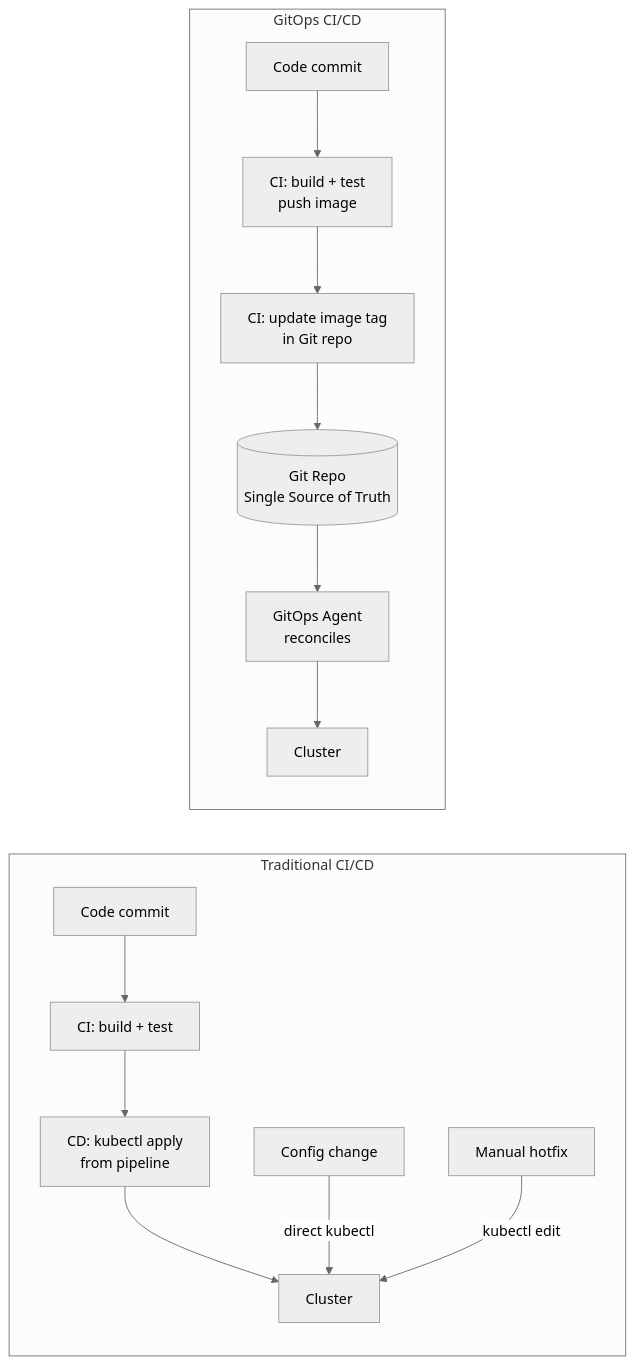
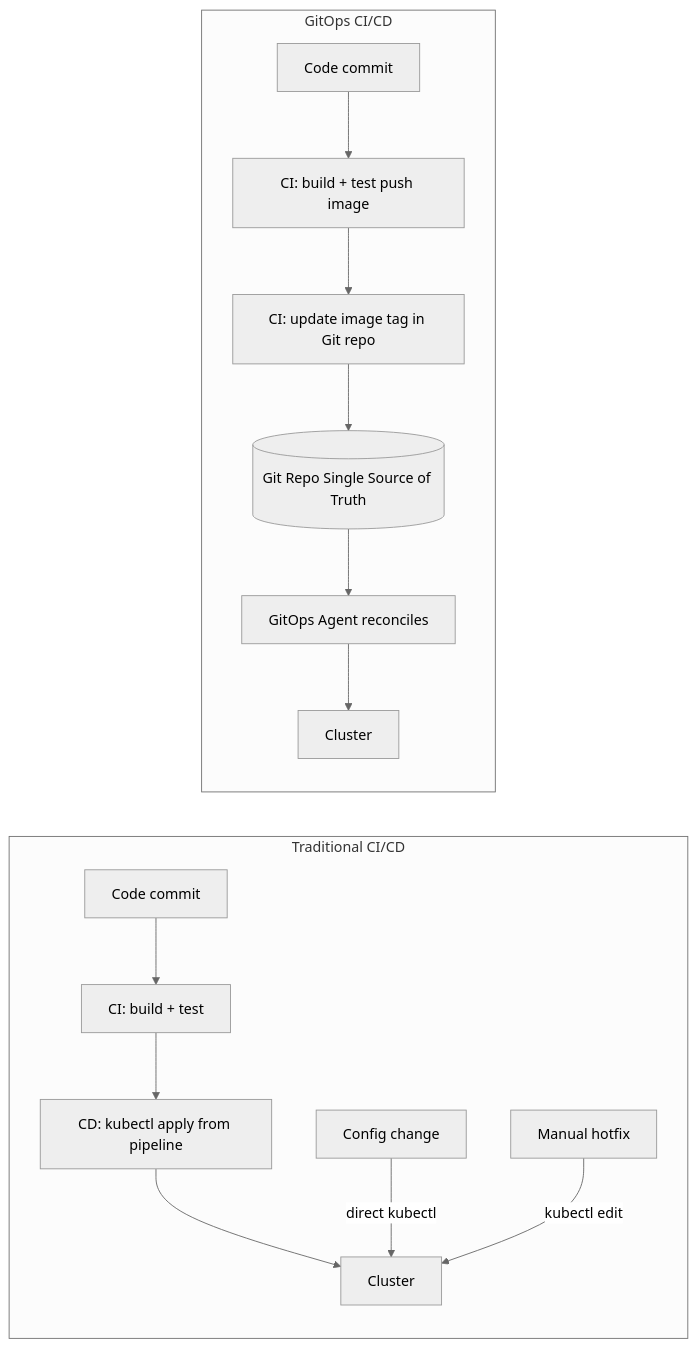
One commit to UncleJS/course_k3s changed the fourth of 4 diagrams in 11_gitops/01_gitops_concepts.md. Above: the diagram before and after it, drawn with Mermaid (neutral theme). The commit also changed other lines of this file and 57 other files, not shown here.

````diff
--- a/11_gitops/01_gitops_concepts.md
+++ b/11_gitops/01_gitops_concepts.md
@@ -167,18 +167,18 @@
 ```mermaid
 flowchart LR
     subgraph Traditional["Traditional CI/CD"]
         T1[Code commit] --> T2[CI: build + test]
-        T2 --> T3[CD: kubectl apply\nfrom pipeline]
+        T2 --> T3[CD: kubectl apply from pipeline]
         T3 --> T4[Cluster]
         T5[Config change] -->|direct kubectl| T4
         T6[Manual hotfix] -->|kubectl edit| T4
     end
 
     subgraph GitOps["GitOps CI/CD"]
-        G1[Code commit] --> G2[CI: build + test\npush image]
-        G2 --> G3[CI: update image tag\nin Git repo]
-        G3 --> G4[(Git Repo\nSingle Source of Truth)]
-        G4 --> G5[GitOps Agent\nreconciles]
+        G1[Code commit] --> G2[CI: build + test push image]
+        G2 --> G3[CI: update image tag in Git repo]
+        G3 --> G4[(Git Repo Single Source of Truth)]
+        G4 --> G5[GitOps Agent reconciles]
         G5 --> G6[Cluster]
     end
 ```
````
